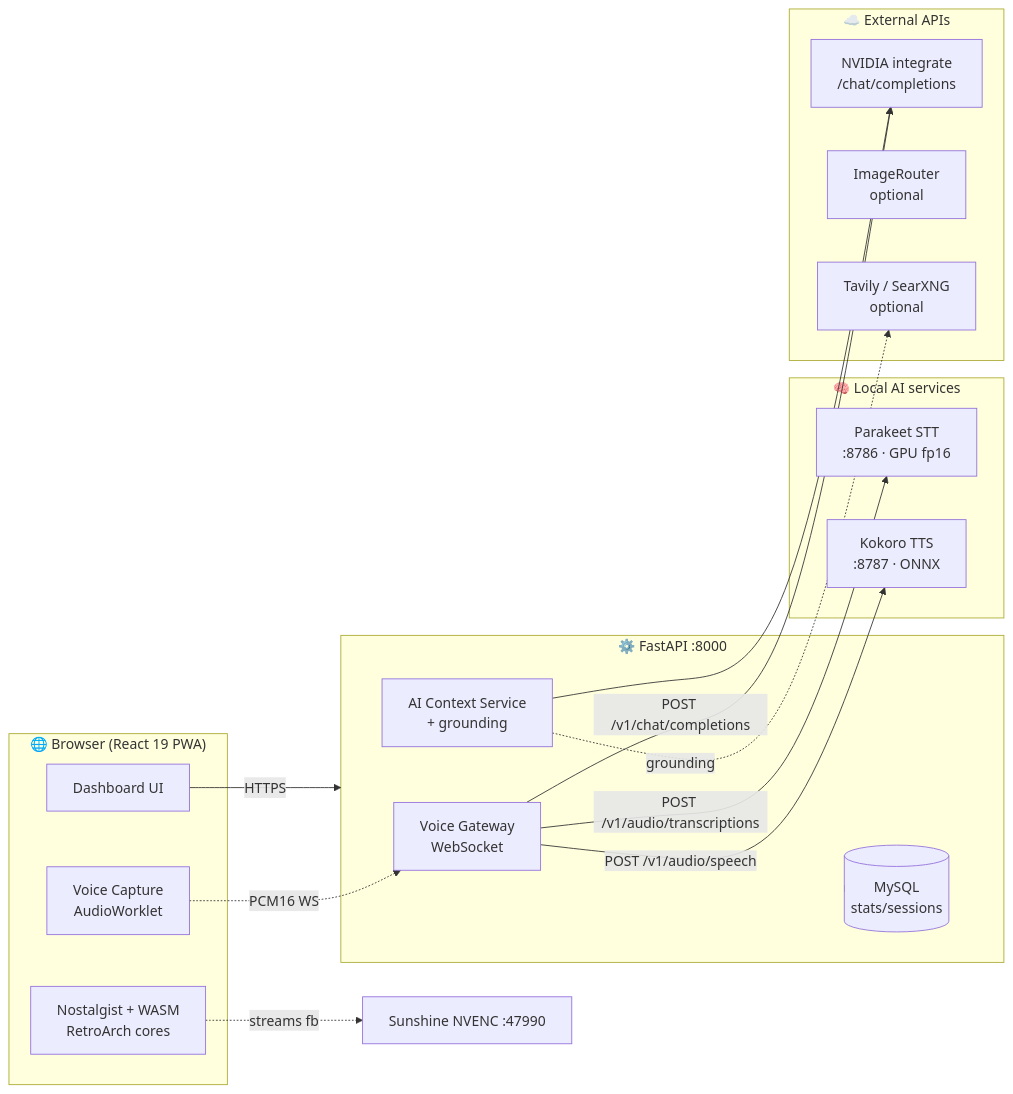
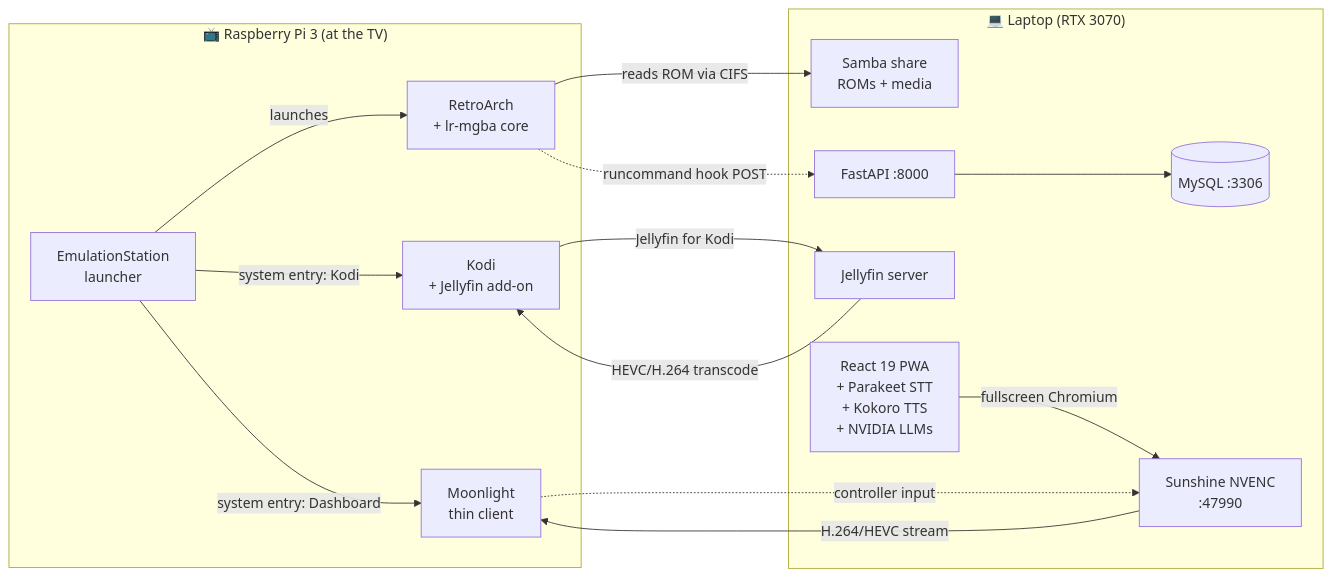
The diagram in README.md (AlviHossain97/RetroWeb), drawn with Mermaid before and after one commit. The commit also changed other lines of this file and 11 other files, not shown here.

````diff
--- a/README.md
+++ b/README.md
@@ -76,35 +30,30 @@
 ```mermaid
 flowchart LR
-    subgraph Browser["🌐 Browser (React 19 PWA)"]
-        UI[Dashboard UI]
-        VC[Voice Capture<br/>AudioWorklet]
-        EM[Nostalgist + WASM<br/>RetroArch cores]
-    end
+  subgraph Pi["📺 Raspberry Pi 3 (at the TV)"]
+    ES[EmulationStation<br/>launcher]
+    RA[RetroArch<br/>+ lr-mgba core]
+    KO[Kodi<br/>+ Jellyfin add-on]
+    ML[Moonlight<br/>thin client]
+  end
 
-    subgraph Backend["⚙️ FastAPI :8000"]
-        VGW[Voice Gateway<br/>WebSocket]
-        AIC[AI Context Service<br/>+ grounding]
-        DB[(MySQL<br/>stats/sessions)]
-    end
+  subgraph Laptop["💻 Laptop (RTX 3070)"]
+    SMB[Samba share<br/>ROMs + media]
+    API[FastAPI :8000]
+    MY[(MySQL :3306)]
+    JF[Jellyfin server]
+    DASH[React 19 PWA<br/>+ Parakeet STT<br/>+ Kokoro TTS<br/>+ NVIDIA LLMs]
+    SUN[Sunshine NVENC<br/>:47990]
+  end
 
-    subgraph LocalAI["🧠 Local AI services"]
-        PAR[Parakeet STT<br/>:8786 · GPU fp16]
-        KOK[Kokoro TTS<br/>:8787 · ONNX]
-    end
-
-    subgraph Cloud["☁️ External APIs"]
-        NV[NVIDIA integrate<br/>/chat/completions]
-        IR[ImageRouter<br/>optional]
-        TV[Tavily / SearXNG<br/>optional]
-    end
-
-    UI -->|HTTPS| Backend
-    VC -.PCM16 WS.-> VGW
-    VGW -->|POST /v1/audio/transcriptions| PAR
-    VGW -->|POST /v1/chat/completions| NV
-    VGW -->|POST /v1/audio/speech| KOK
-    AIC --> NV
-    AIC -.grounding.-> TV
-    Backend --> DB
-    EM -.streams fb.-> Sunshine[Sunshine NVENC :47990]
+  ES -->|launches| RA
+  RA -.runcommand hook POST.-> API
+  API --> MY
+  RA -->|reads ROM via CIFS| SMB
+  ES -->|"system entry: Kodi"| KO
+  KO -->|Jellyfin for Kodi| JF
+  JF -->|HEVC/H.264 transcode| KO
+  ES -->|"system entry: Dashboard"| ML
+  DASH -->|fullscreen Chromium| SUN
+  SUN -->|H.264/HEVC stream| ML
+  ML -.controller input.-> SUN
 ```
````
